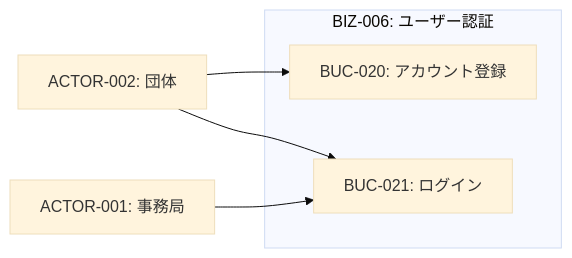
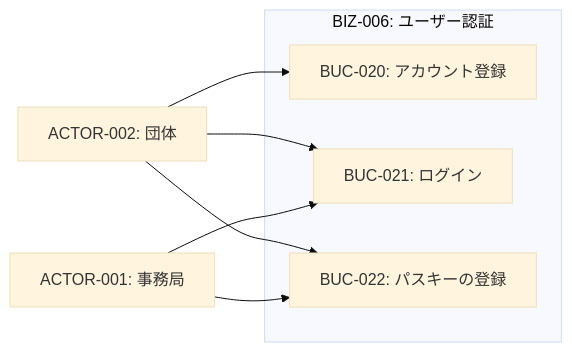
Before and after one commit to gdsc-osaka/iclub-reserve: the first of 4 diagrams in rdra/contexts/user-authentication.md, drawn with Mermaid (base theme). The commit also changed other lines of this file and 10 other files, not shown here.

````diff
--- a/rdra/contexts/user-authentication.md
+++ b/rdra/contexts/user-authentication.md
@@ -90,14 +115,17 @@
 ```mermaid
 graph LR
     actor1["ACTOR-001: 事務局"]
     actor2["ACTOR-002: 団体"]
 
     subgraph biz6["BIZ-006: ユーザー認証"]
         buc20["BUC-020: アカウント登録"]
         buc21["BUC-021: ログイン"]
+        buc22["BUC-022: パスキーの登録"]
     end
 
     actor2 --> buc20
     actor1 --> buc21
     actor2 --> buc21
+    actor1 --> buc22
+    actor2 --> buc22
 ```
````
